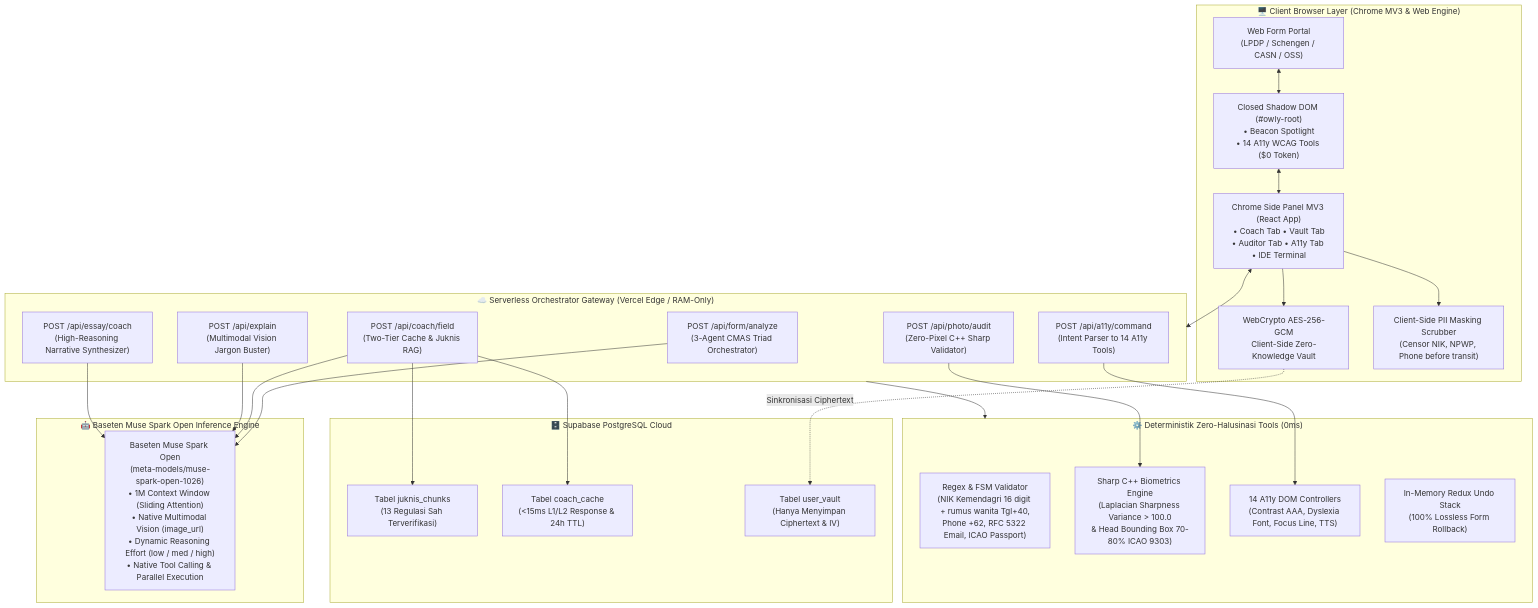
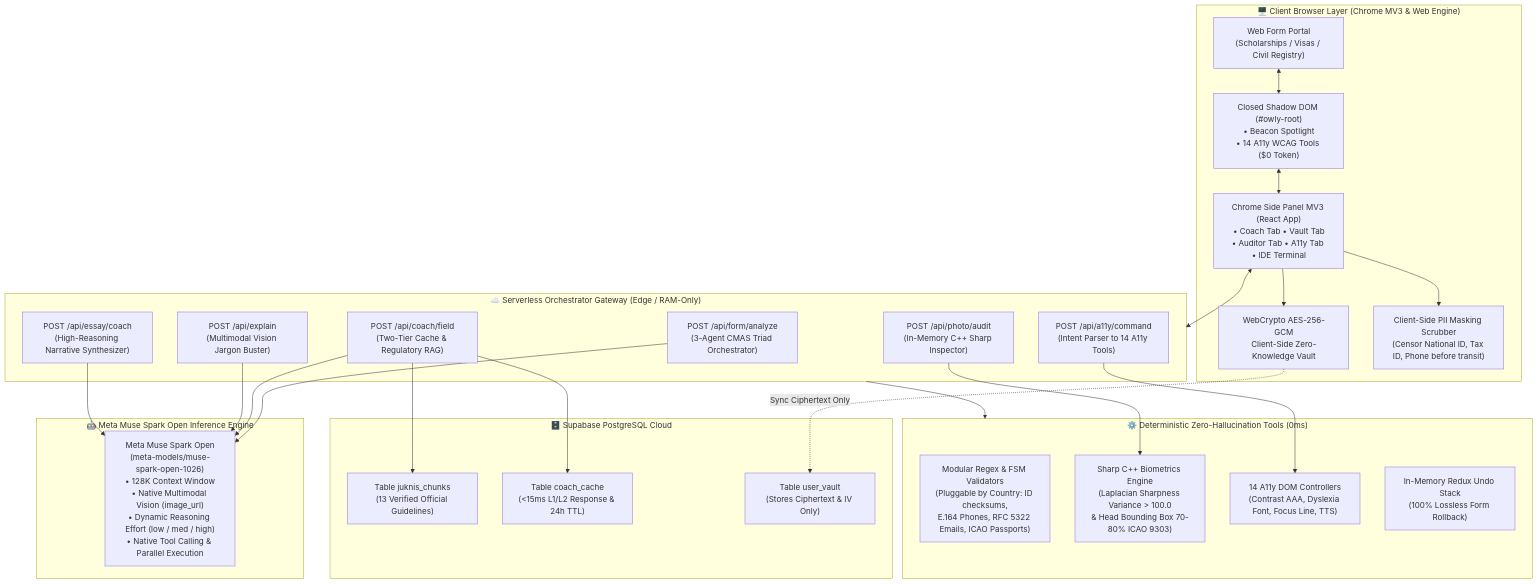
The diagram in README.md (arfabi/owly), drawn with Mermaid before and after one commit. The commit also changed other lines of this file and 48 other files, not shown here.

````diff
--- a/README.md
+++ b/README.md
@@ -38,54 +130,54 @@
 ```mermaid
 flowchart TB
     subgraph ClientLayer["🖥️ Client Browser Layer (Chrome MV3 & Web Engine)"]
-        UserForm["Web Form Portal\n(LPDP / Schengen / CASN / OSS)"]
+        UserForm["Web Form Portal\n(Scholarships / Visas / Civil Registry)"]
         ShadowDOM["Closed Shadow DOM (#owly-root)\n• Beacon Spotlight\n• 14 A11y WCAG Tools ($0 Token)"]
         SidePanel["Chrome Side Panel MV3 (React App)\n• Coach Tab • Vault Tab\n• Auditor Tab • A11y Tab • IDE Terminal"]
         WebCrypto["WebCrypto AES-256-GCM\nClient-Side Zero-Knowledge Vault"]
-        PIIGuard["Client-Side PII Masking Scrubber\n(Censor NIK, NPWP, Phone before transit)"]
+        PIIGuard["Client-Side PII Masking Scrubber\n(Censor National ID, Tax ID, Phone before transit)"]
     end
 
-    subgraph GatewayLayer["☁️ Serverless Orchestrator Gateway (Vercel Edge / RAM-Only)"]
+    subgraph GatewayLayer["☁️ Serverless Orchestrator Gateway (Edge / RAM-Only)"]
         APIAnalyze["POST /api/form/analyze\n(3-Agent CMAS Triad Orchestrator)"]
-        APICoach["POST /api/coach/field\n(Two-Tier Cache & Juknis RAG)"]
+        APICoach["POST /api/coach/field\n(Two-Tier Cache & Regulatory RAG)"]
         APIExplain["POST /api/explain\n(Multimodal Vision Jargon Buster)"]
         APIEssay["POST /api/essay/coach\n(High-Reasoning Narrative Synthesizer)"]
-        APIAudit["POST /api/photo/audit\n(Zero-Pixel C++ Sharp Validator)"]
+        APIAudit["POST /api/photo/audit\n(In-Memory C++ Sharp Inspector)"]
         APIA11y["POST /api/a11y/command\n(Intent Parser to 14 A11y Tools)"]
     end
 
-    subgraph MuseSparkLayer["🤖 Baseten Muse Spark Open Inference Engine"]
-        MuseSpark["Baseten Muse Spark Open\n(meta-models/muse-spark-open-1026)\n• 1M Context Window (Sliding Attention)\n• Native Multimodal Vision (image_url)\n• Dynamic Reasoning Effort (low / med / high)\n• Native Tool Calling & Parallel Execution"]
+    subgraph MuseSparkLayer["🤖 Meta Muse Spark Open Inference Engine"]
+        MuseSpark["Meta Muse Spark Open\n(meta-models/muse-spark-open-1026)\n• 128K Context Window\n• Native Multimodal Vision (image_url)\n• Dynamic Reasoning Effort (low / med / high)\n• Native Tool Calling & Parallel Execution"]
     end
 
-    subgraph DeterministikLayer["⚙️ Deterministik Zero-Halusinasi Tools (0ms)"]
-        FSMValidator["Regex & FSM Validator\n(NIK Kemendagri 16 digit + rumus wanita Tgl+40,\nPhone +62, RFC 5322 Email, ICAO Passport)"]
+    subgraph DeterministikLayer["⚙️ Deterministic Zero-Hallucination Tools (0ms)"]
+        FSMValidator["Modular Regex & FSM Validators\n(Pluggable by Country: ID checksums,\nE.164 Phones, RFC 5322 Emails, ICAO Passports)"]
         SharpBiometrics["Sharp C++ Biometrics Engine\n(Laplacian Sharpness Variance > 100.0\n& Head Bounding Box 70-80% ICAO 9303)"]
         A11yEngine["14 A11y DOM Controllers\n(Contrast AAA, Dyslexia Font, Focus Line, TTS)"]
         UndoEngine["In-Memory Redux Undo Stack\n(100% Lossless Form Rollback)"]
     end
 
     subgraph DataLayer["🗄️ Supabase PostgreSQL Cloud"]
-        SupaRAG["Tabel juknis_chunks\n(13 Regulasi Sah Terverifikasi)"]
-        SupaCache["Tabel coach_cache\n(<15ms L1/L2 Response & 24h TTL)"]
-        SupaVault["Tabel user_vault\n(Hanya Menyimpan Ciphertext & IV)"]
+        SupaRAG["Table juknis_chunks\n(13 Verified Official Guidelines)"]
+        SupaCache["Table coach_cache\n(<15ms L1/L2 Response & 24h TTL)"]
+        SupaVault["Table user_vault\n(Stores Ciphertext & IV Only)"]
     end
 
     UserForm <--> ShadowDOM
     ShadowDOM <--> SidePanel
     SidePanel --> PIIGuard
     SidePanel --> WebCrypto
     SidePanel <--> GatewayLayer
 
     APIAnalyze --> MuseSpark
     APICoach --> SupaCache
     APICoach --> SupaRAG
     APICoach --> MuseSpark
     APIExplain --> MuseSpark
     APIEssay --> MuseSpark
     APIAudit --> SharpBiometrics
     APIA11y --> A11yEngine
 
     GatewayLayer --> DeterministikLayer
-    WebCrypto -.->|Sinkronisasi Ciphertext| SupaVault
+    WebCrypto -.->|Sync Ciphertext Only| SupaVault
 ```
````
